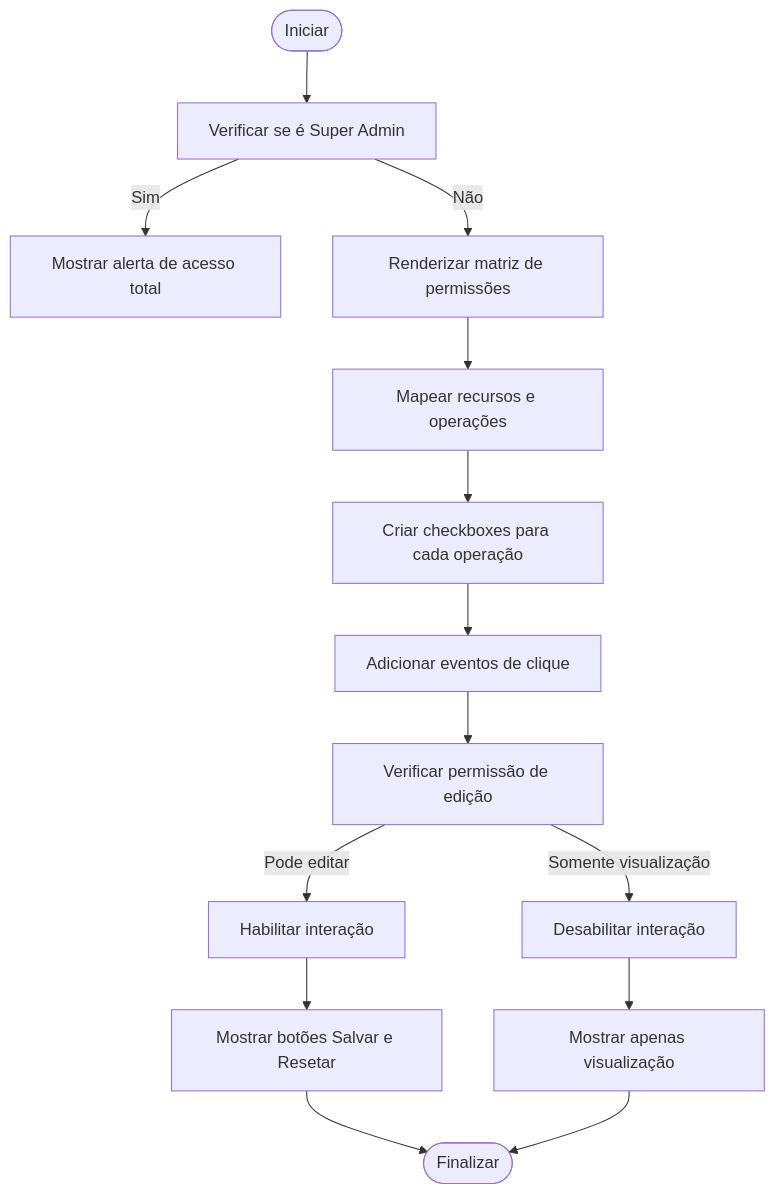
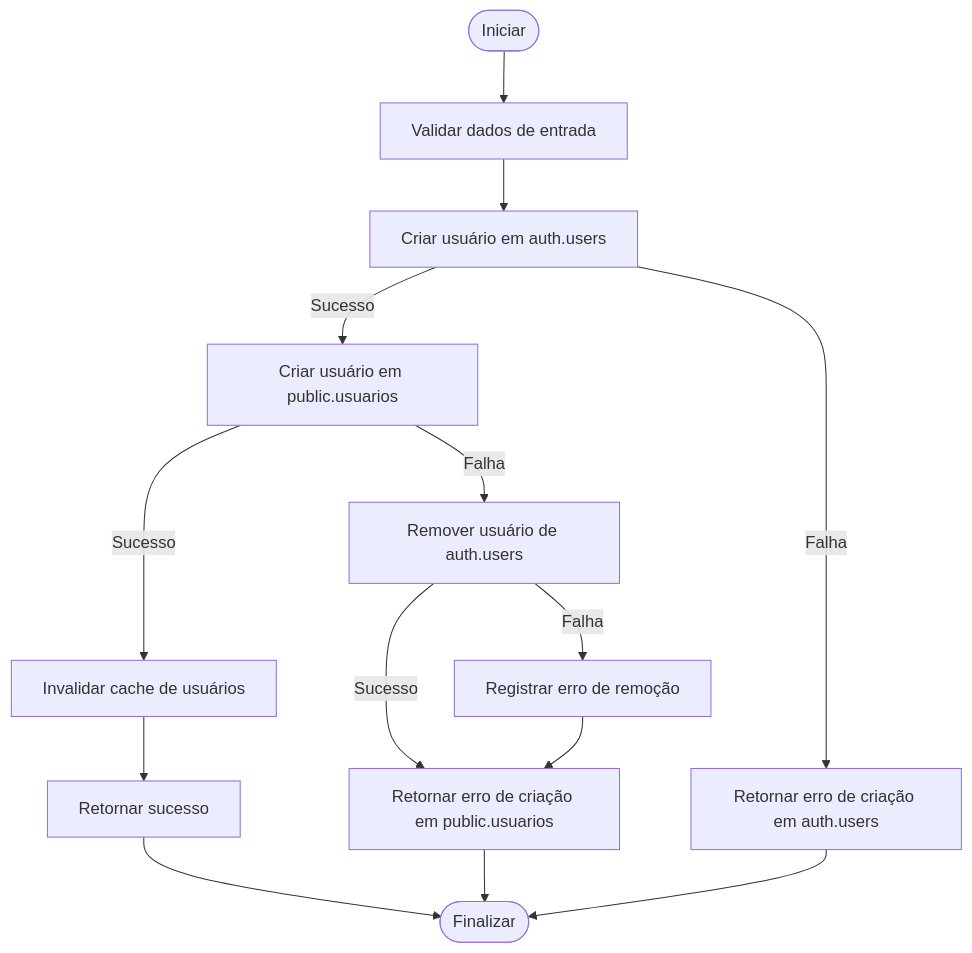
One commit to SinesysTech/zattar-os changed the third of 7 diagrams in .qoder/repowiki/pt/content/Módulos de Funcionalidade/Gestao Usuarios Permissoes.md. Above: the diagram before and after it, drawn with Mermaid. The commit also changed other lines of this file and 14 other files, not shown here.

````diff
--- a/.qoder/repowiki/pt/content/Módulos de Funcionalidade/Gestao Usuarios Permissoes.md
+++ b/.qoder/repowiki/pt/content/Módulos de Funcionalidade/Gestao Usuarios Permissoes.md
@@ -111,16 +117,16 @@
 ```mermaid
 flowchart TD
-Start([Iniciar]) --> VerificarSuperAdmin["Verificar se é Super Admin"]
-VerificarSuperAdmin --> |Sim| MostrarAlerta["Mostrar alerta de acesso total"]
-VerificarSuperAdmin --> |Não| RenderizarMatriz["Renderizar matriz de permissões"]
-RenderizarMatriz --> MapearRecursos["Mapear recursos e operações"]
-MapearRecursos --> CriarCheckboxes["Criar checkboxes para cada operação"]
-CriarCheckboxes --> AdicionarEventos["Adicionar eventos de clique"]
-AdicionarEventos --> VerificarEdicao["Verificar permissão de edição"]
-VerificarEdicao --> |Pode editar| HabilitarInteracao["Habilitar interação"]
-VerificarEdicao --> |Somente visualização| DesabilitarInteracao["Desabilitar interação"]
-HabilitarInteracao --> MostrarBotoes["Mostrar botões Salvar e Resetar"]
-DesabilitarInteracao --> MostrarApenasVisualizacao["Mostrar apenas visualização"]
-MostrarBotoes --> End([Finalizar])
-MostrarApenasVisualizacao --> End
+Start([Iniciar]) --> ValidarDados["Validar dados de entrada"]
+ValidarDados --> CriarAuth["Criar usuário em auth.users"]
+CriarAuth --> |Sucesso| CriarPublic["Criar usuário em public.usuarios"]
+CriarAuth --> |Falha| RetornarErro["Retornar erro de criação em auth.users"]
+CriarPublic --> |Sucesso| InvalidarCache["Invalidar cache de usuários"]
+CriarPublic --> |Falha| RemoverAuth["Remover usuário de auth.users"]
+RemoverAuth --> |Sucesso| RetornarErroPublic["Retornar erro de criação em public.usuarios"]
+RemoverAuth --> |Falha| LogErro["Registrar erro de remoção"]
+LogErro --> RetornarErroPublic
+InvalidarCache --> RetornarSucesso["Retornar sucesso"]
+RetornarSucesso --> End([Finalizar])
+RetornarErro --> End
+RetornarErroPublic --> End
 ```
````
